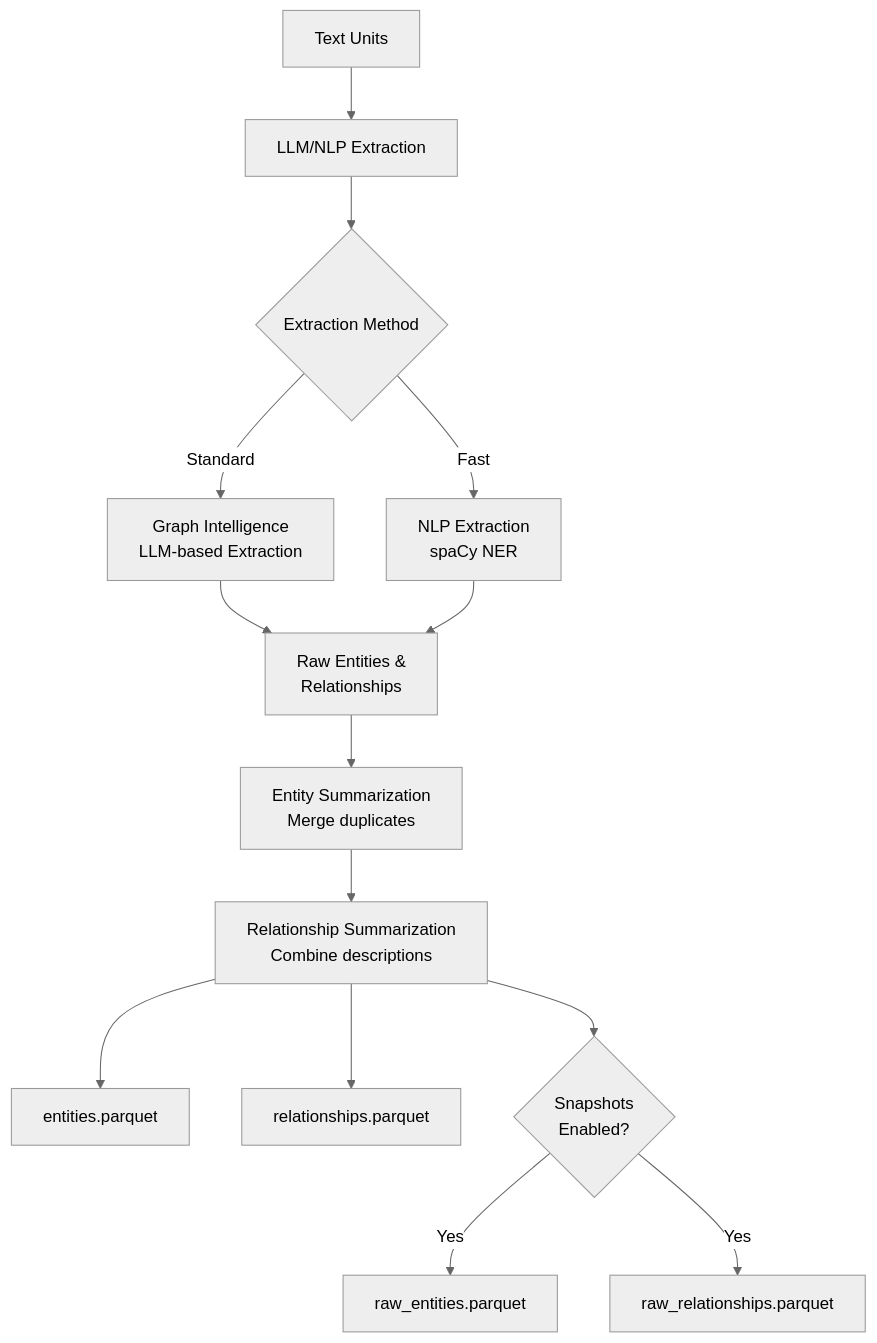
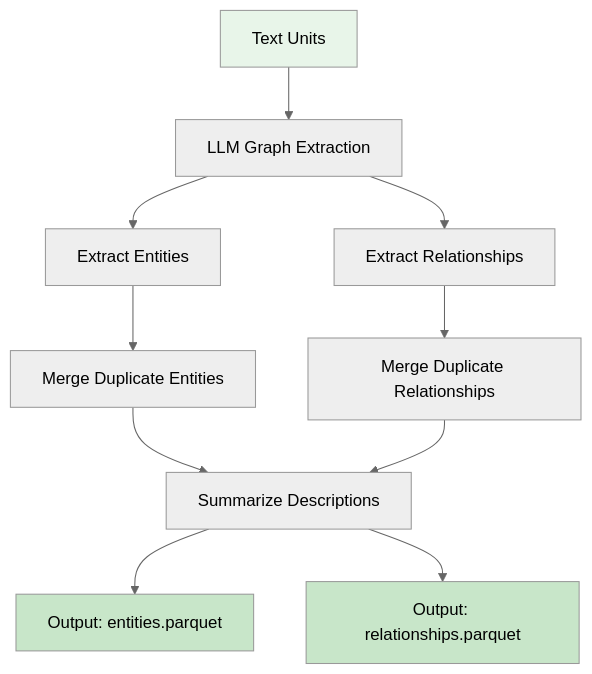
One commit to huytu0702/gtog changed the fourth of 10 diagrams in docs/tunh/GRAPHRAG_INDEXING_FLOW.md. Above: the diagram before and after it, drawn with Mermaid (neutral theme). The commit also changed other lines of this file and 1 other file, not shown here.

````diff
--- a/docs/tunh/GRAPHRAG_INDEXING_FLOW.md
+++ b/docs/tunh/GRAPHRAG_INDEXING_FLOW.md
@@ -148,22 +169,16 @@
 ```mermaid
-flowchart TB
-    A[Text Units] --> B[LLM/NLP Extraction]
+graph TB
+    A[Text Units] --> B[LLM Graph Extraction]
+    B --> C[Extract Entities]
+    B --> D[Extract Relationships]
+    C --> E[Merge Duplicate Entities]
+    D --> F[Merge Duplicate Relationships]
+    E --> G[Summarize Descriptions]
+    F --> G
+    G --> H[Output: entities.parquet]
+    G --> I[Output: relationships.parquet]
     
-    B --> C{Extraction Method}
-    C -->|Standard| D[Graph Intelligence<br/>LLM-based Extraction]
-    C -->|Fast| E[NLP Extraction<br/>spaCy NER]
-    
-    D --> F[Raw Entities &<br/>Relationships]
-    E --> F
-    
-    F --> G[Entity Summarization<br/>Merge duplicates]
-    
-    G --> H[Relationship Summarization<br/>Combine descriptions]
-    
-    H --> I1[entities.parquet]
-    H --> I2[relationships.parquet]
-    
-    H --> J{Snapshots<br/>Enabled?}
-    J -->|Yes| K1[raw_entities.parquet]
-    J -->|Yes| K2[raw_relationships.parquet]
+    style A fill:#e8f5e9
+    style H fill:#c8e6c9
+    style I fill:#c8e6c9
 ```
````
